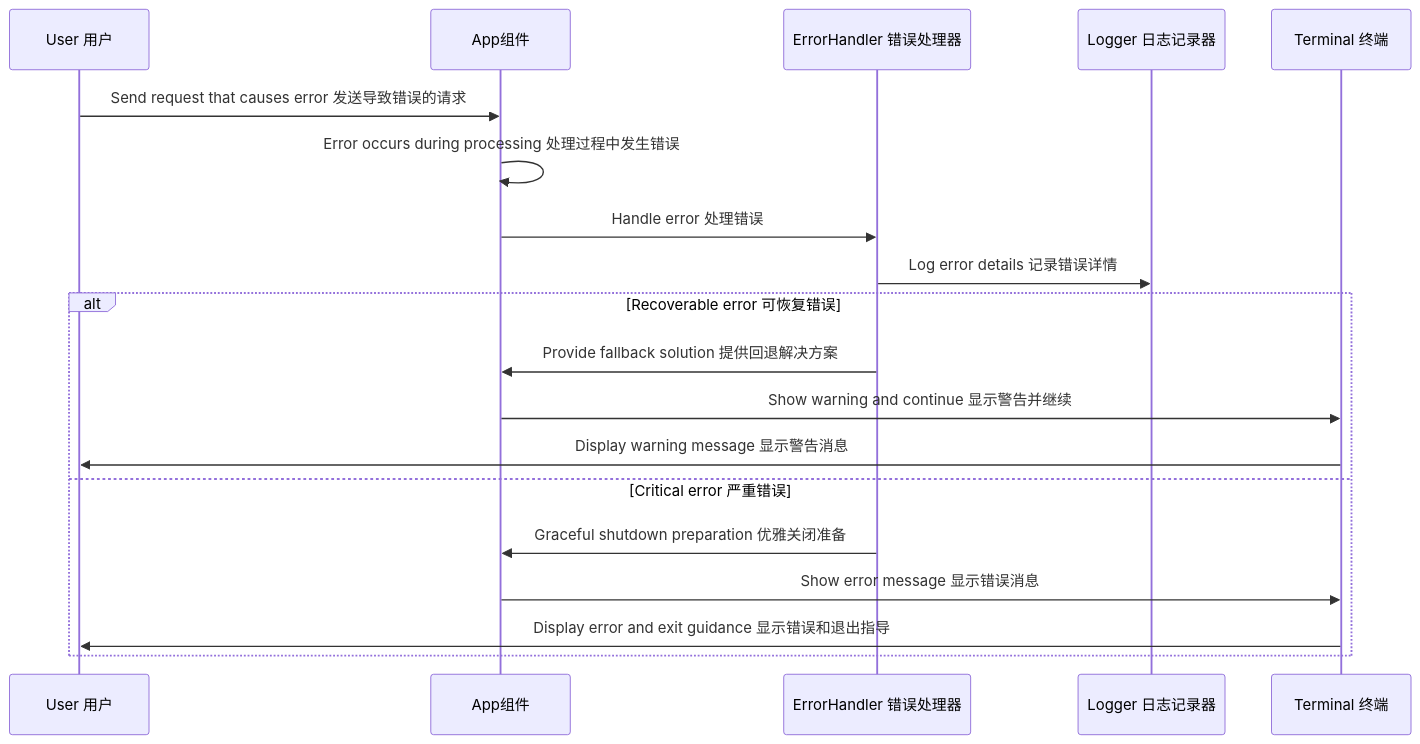
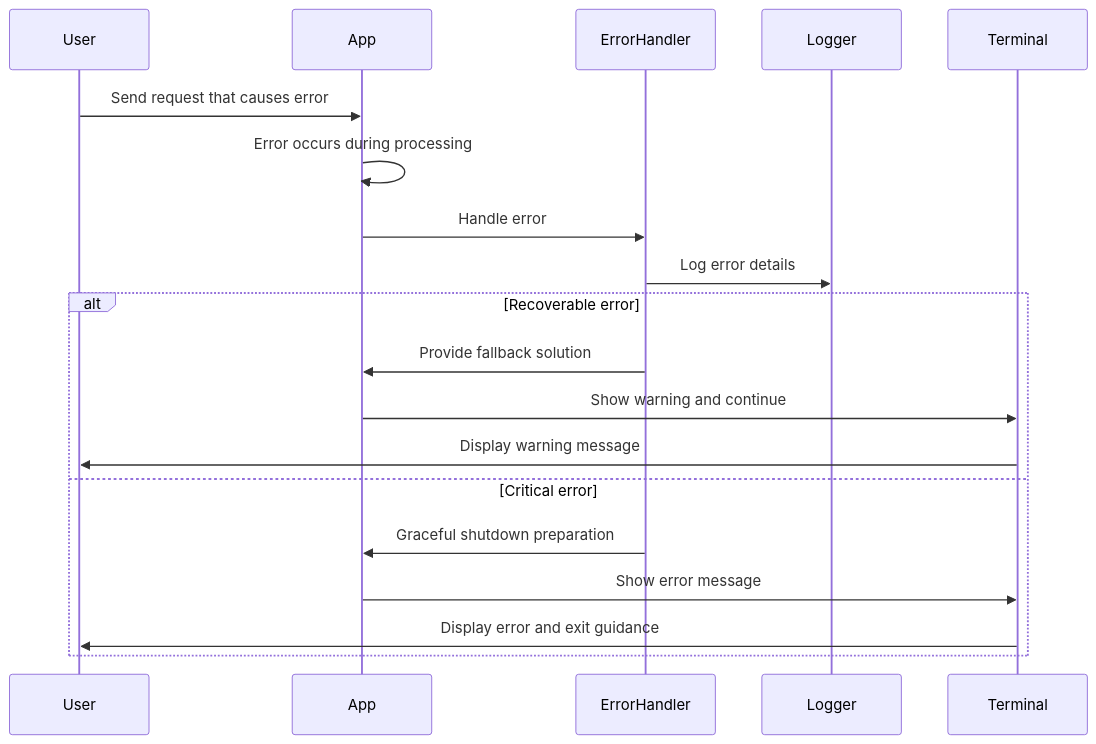
The sixth of 6 diagrams in docs/articles/gemini-cli-user-interaction-sequence.md (zhuangbiaowei/vitepress-ospo-writing-project), drawn with Mermaid before and after one commit. The commit also changed other lines of this file and 113 other files, not shown here.

````diff
--- a/docs/articles/gemini-cli-user-interaction-sequence.md
+++ b/docs/articles/gemini-cli-user-interaction-sequence.md
@@ -211,23 +211,23 @@
 ```mermaid
 sequenceDiagram
-    participant User as User 用户
-    participant App as App组件
-    participant ErrorHandler as ErrorHandler 错误处理器
-    participant Logger as Logger 日志记录器
-    participant Terminal as Terminal 终端
+    participant User as User
+    participant App as App
+    participant ErrorHandler as ErrorHandler
+    participant Logger as Logger
+    participant Terminal as Terminal
 
-    User->>App: Send request that causes error 发送导致错误的请求
-    App->>App: Error occurs during processing 处理过程中发生错误
-    App->>ErrorHandler: Handle error 处理错误
-    ErrorHandler->>Logger: Log error details 记录错误详情
+    User->>App: Send request that causes error
+    App->>App: Error occurs during processing
+    App->>ErrorHandler: Handle error
+    ErrorHandler->>Logger: Log error details
     
-    alt Recoverable error 可恢复错误
-        ErrorHandler->>App: Provide fallback solution 提供回退解决方案
-        App->>Terminal: Show warning and continue 显示警告并继续
-        Terminal->>User: Display warning message 显示警告消息
-    else Critical error 严重错误
-        ErrorHandler->>App: Graceful shutdown preparation 优雅关闭准备
-        App->>Terminal: Show error message 显示错误消息
-        Terminal->>User: Display error and exit guidance 显示错误和退出指导
+    alt Recoverable error
+        ErrorHandler->>App: Provide fallback solution
+        App->>Terminal: Show warning and continue
+        Terminal->>User: Display warning message
+    else Critical error
+        ErrorHandler->>App: Graceful shutdown preparation
+        App->>Terminal: Show error message
+        Terminal->>User: Display error and exit guidance
     end
 ```
````
